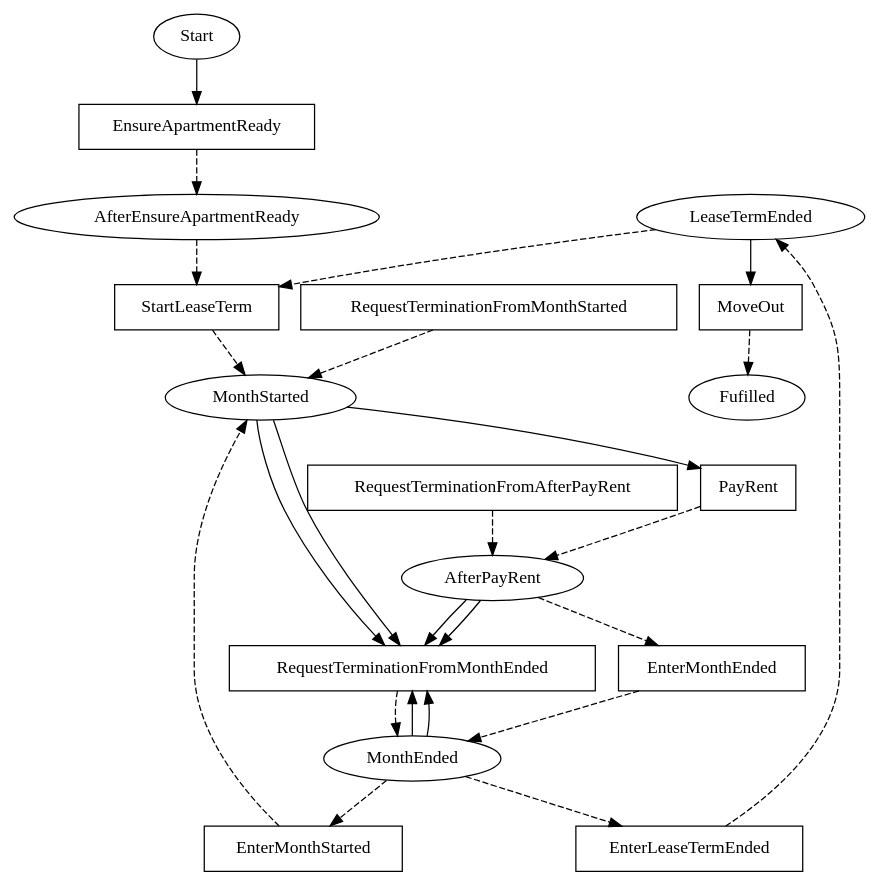
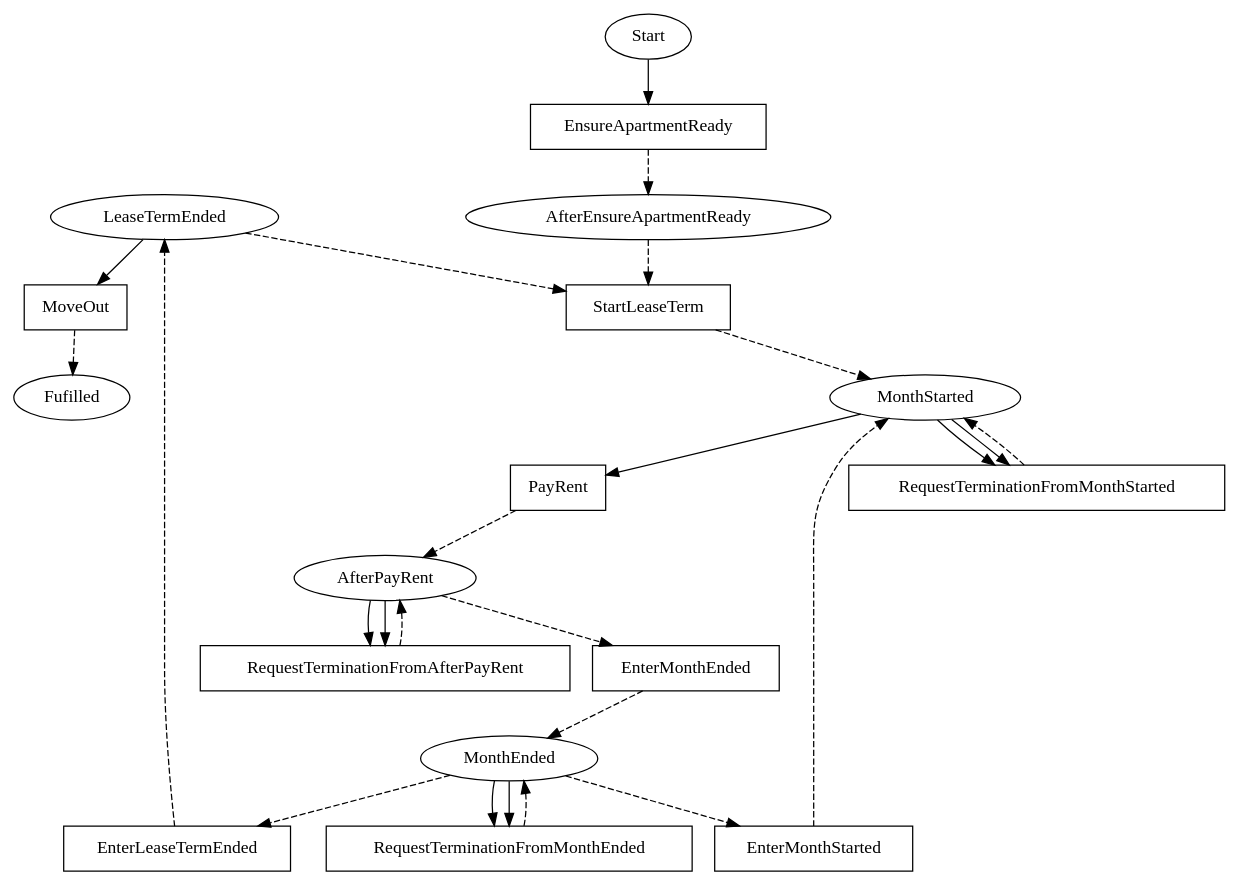
One commit to Marcao02/complaw-deeptech changed the diagram in linear_state_machine_language/pyL4/examples_graphviz_gen/from_academic_lit/hvitved_lease.dot. Above: the diagram before and after it, drawn with Graphviz. The commit also changed 3 other files, not shown here.

```diff
--- a/linear_state_machine_language/pyL4/examples_graphviz_gen/from_academic_lit/hvitved_lease.dot
+++ b/linear_state_machine_language/pyL4/examples_graphviz_gen/from_academic_lit/hvitved_lease.dot
@@ -1,51 +1,51 @@
 // THIS IS A GENERATED FILE. DO NOT EDIT.
 
 digraph Lease_Hvitved {    
     Fulfilled[label=Fufilled];
     Start[label=Start];
 	AfterEnsureApartmentReady[label=AfterEnsureApartmentReady];
 	MonthStarted[label=MonthStarted];
 	AfterPayRent[label=AfterPayRent];
 	MonthEnded[label=MonthEnded];
 	LeaseTermEnded[label=LeaseTermEnded]
     
      
     RequestTerminationFromMonthStarted[label=RequestTerminationFromMonthStarted,shape=box];
 	RequestTerminationFromAfterPayRent[label=RequestTerminationFromAfterPayRent,shape=box];
 	RequestTerminationFromMonthEnded[label=RequestTerminationFromMonthEnded,shape=box];
 	EnsureApartmentReady[label=EnsureApartmentReady,shape=box];
 	StartLeaseTerm[label=StartLeaseTerm,shape=box];
 	EnterMonthStarted[label=EnterMonthStarted,shape=box];
 	PayRent[label=PayRent,shape=box];
 	EnterMonthEnded[label=EnterMonthEnded,shape=box];
 	EnterLeaseTermEnded[label=EnterLeaseTermEnded,shape=box];
 	MoveOut[label=MoveOut,shape=box]    
     
     
     
     Start -> EnsureApartmentReady;
 	AfterEnsureApartmentReady -> StartLeaseTerm [style=dashed];
 	MonthStarted -> PayRent;
-	MonthStarted -> RequestTerminationFromMonthEnded;
-	MonthStarted -> RequestTerminationFromMonthEnded;
+	MonthStarted -> RequestTerminationFromMonthStarted;
+	MonthStarted -> RequestTerminationFromMonthStarted;
 	AfterPayRent -> EnterMonthEnded [style=dashed];
-	AfterPayRent -> RequestTerminationFromMonthEnded;
-	AfterPayRent -> RequestTerminationFromMonthEnded;
+	AfterPayRent -> RequestTerminationFromAfterPayRent;
+	AfterPayRent -> RequestTerminationFromAfterPayRent;
 	MonthEnded -> EnterLeaseTermEnded [style=dashed];
 	MonthEnded -> EnterMonthStarted [style=dashed];
 	MonthEnded -> RequestTerminationFromMonthEnded;
 	MonthEnded -> RequestTerminationFromMonthEnded;
 	LeaseTermEnded -> MoveOut;
 	LeaseTermEnded -> StartLeaseTerm [style=dashed]
     
     RequestTerminationFromMonthStarted -> MonthStarted [style=dashed];
 	RequestTerminationFromAfterPayRent -> AfterPayRent [style=dashed];
 	RequestTerminationFromMonthEnded -> MonthEnded [style=dashed];
 	EnsureApartmentReady -> AfterEnsureApartmentReady [style=dashed];
 	StartLeaseTerm -> MonthStarted [style=dashed];
 	EnterMonthStarted -> MonthStarted [style=dashed];
 	PayRent -> AfterPayRent [style=dashed];
 	EnterMonthEnded -> MonthEnded [style=dashed];
 	EnterLeaseTermEnded -> LeaseTermEnded [style=dashed];
 	MoveOut -> Fulfilled [style=dashed]        
 }
```
